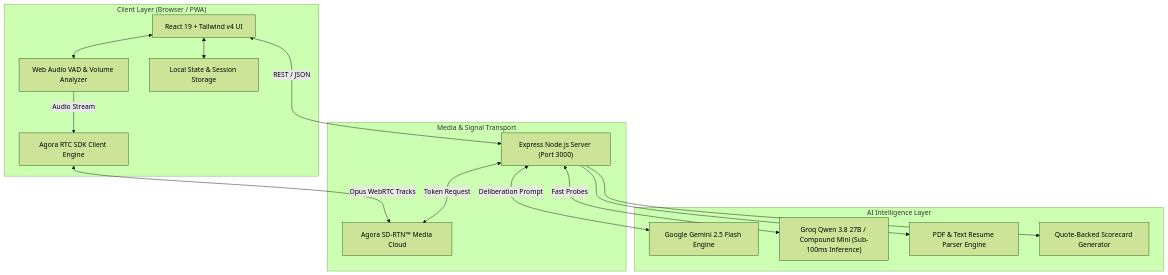
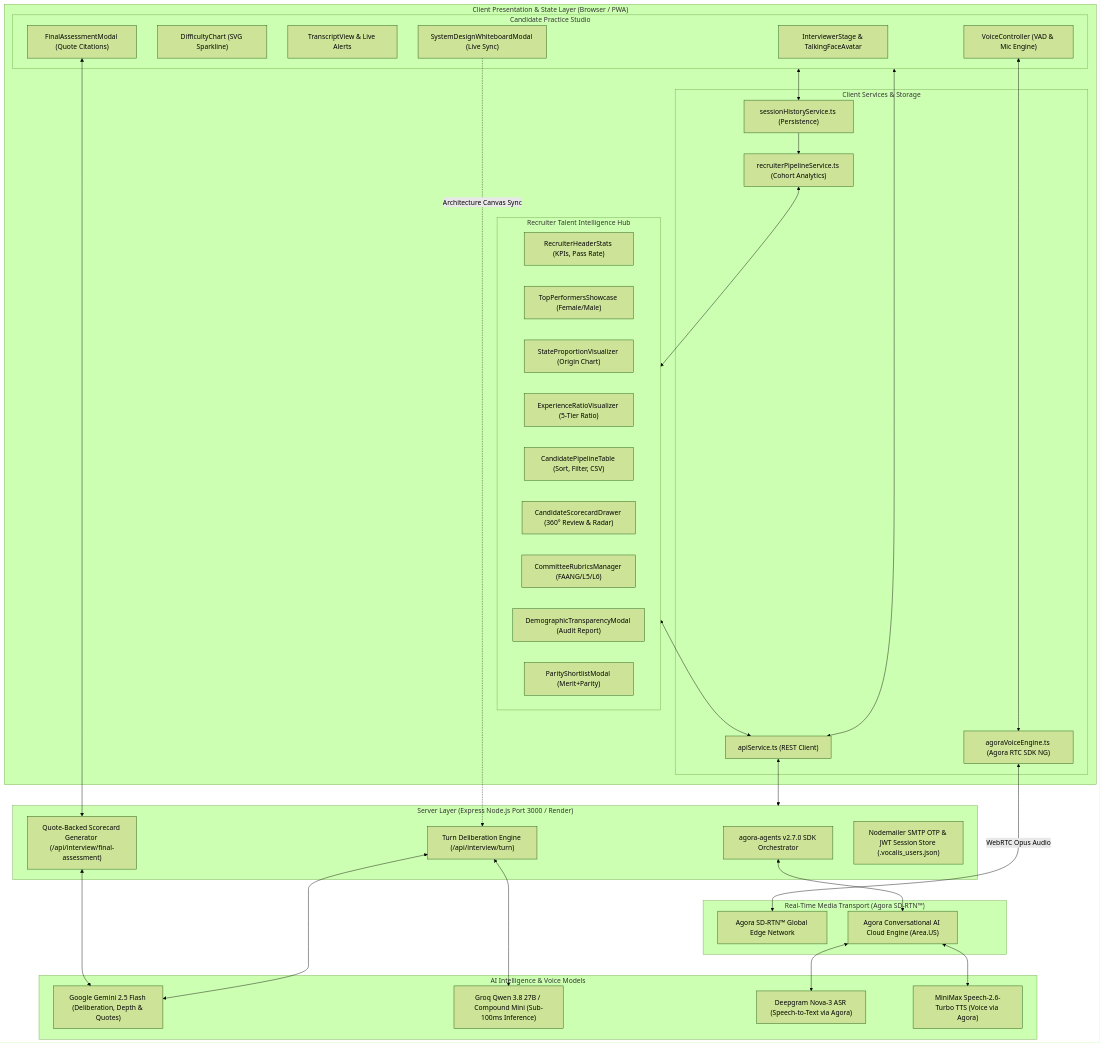
One commit to RiyanshiVerma-11/Vocalis-AI changed the first of 6 diagrams in README.md. Above: the diagram before and after it, drawn with Mermaid (forest theme). The commit also changed other lines of this file and 19 other files, not shown here.

First line of the commit message:
docs: update system architecture and all Mermaid diagrams

````diff
--- a/README.md
+++ b/README.md
@@ -132,33 +132,71 @@
 ```mermaid
 graph TD
-    subgraph Client ["Client Layer (Browser / PWA)"]
-        UI["React 19 + Tailwind v4 UI"]
-        RTC_Client["Agora RTC SDK Client Engine"]
-        VAD_Engine["Web Audio VAD & Volume Analyzer"]
-        Store["Local State & Session Storage"]
+    subgraph Client ["Client Presentation & State Layer (Browser / PWA)"]
+        subgraph CandidateStudio ["Candidate Practice Studio"]
+            Stage["InterviewerStage & TalkingFaceAvatar"]
+            DiffChart["DifficultyChart (SVG Sparkline)"]
+            TranscriptFeed["TranscriptView & Live Alerts"]
+            VoiceCtrl["VoiceController (VAD & Mic Engine)"]
+            Whiteboard["SystemDesignWhiteboardModal (Live Sync)"]
+            ScorecardModal["FinalAssessmentModal (Quote Citations)"]
+        end
+
+        subgraph RecruiterHub ["Recruiter Talent Intelligence Hub"]
+            HeaderStats["RecruiterHeaderStats (KPIs, Pass Rate)"]
+            Showcase["TopPerformersShowcase (Female/Male)"]
+            StateVis["StateProportionVisualizer (Origin Chart)"]
+            TierVis["ExperienceRatioVisualizer (5-Tier Ratio)"]
+            Table["CandidatePipelineTable (Sort, Filter, CSV)"]
+            Drawer["CandidateScorecardDrawer (360° Review & Radar)"]
+            RubricsMgr["CommitteeRubricsManager (FAANG/L5/L6)"]
+            DemoModal["DemographicTransparencyModal (Audit Report)"]
+            ParityModal["ParityShortlistModal (Merit+Parity)"]
+        end
+
+        subgraph ClientServices ["Client Services & Storage"]
+            RTC_Engine["agoraVoiceEngine.ts (Agora RTC SDK NG)"]
+            PipelineService["recruiterPipelineService.ts (Cohort Analytics)"]
+            SessionHistory["sessionHistoryService.ts (Persistence)"]
+            ApiClient["apiService.ts (REST Client)"]
+        end
     end
 
-    subgraph Transport ["Media & Signal Transport"]
-        Agora_Cloud["Agora SD-RTN™ Media Cloud"]
-        REST_API["Express Node.js Server (Port 3000)"]
+    subgraph MediaTransport ["Real-Time Media Transport (Agora SD-RTN™)"]
+        Agora_Cloud["Agora SD-RTN™ Global Edge Network"]
+        AgoraAgentCloud["Agora Conversational AI Cloud Engine (Area.US)"]
     end
 
-    subgraph Intelligence ["AI Intelligence Layer"]
-        Gemini["Google Gemini 2.5 Flash Engine"]
-        Groq["Groq Qwen 3.8 27B / Compound Mini (Sub-100ms Inference)"]
-        Parser["PDF & Text Resume Parser Engine"]
-        ScorecardEngine["Quote-Backed Scorecard Generator"]
+    subgraph BackendServer ["Server Layer (Express Node.js Port 3000 / Render)"]
+        AgoraAgentsSDK["agora-agents v2.7.0 SDK Orchestrator"]
+        DeliberationRouter["Turn Deliberation Engine (/api/interview/turn)"]
+        ScorecardEngine["Quote-Backed Scorecard Generator (/api/interview/final-assessment)"]
+        AuthSystem["Nodemailer SMTP OTP & JWT Session Store (.vocalis_users.json)"]
     end
 
-    UI <--> Store
-    UI <--> VAD_Engine
-    VAD_Engine -->|Audio Stream| RTC_Client
-    RTC_Client <-->|Opus WebRTC Tracks| Agora_Cloud
+    subgraph AICloud ["AI Intelligence & Voice Models"]
+        Gemini["Google Gemini 2.5 Flash (Deliberation, Depth & Quotes)"]
+        Groq["Groq Qwen 3.8 27B / Compound Mini (Sub-100ms Inference)"]
+        DeepgramNova["Deepgram Nova-3 ASR (Speech-to-Text via Agora)"]
+        MiniMaxTTS["MiniMax Speech-2.6-Turbo TTS (Voice via Agora)"]
+    end
+
+    VoiceCtrl <--> RTC_Engine
+    RTC_Engine <-->|WebRTC Opus Audio| Agora_Cloud
+    CandidateStudio <--> SessionHistory
+    SessionHistory --> PipelineService
+    PipelineService <--> RecruiterHub
     
-    UI <-->|REST / JSON| REST_API
-    REST_API <-->|Token Request| Agora_Cloud
-    REST_API <-->|Deliberation Prompt| Gemini
-    REST_API <-->|Fast Probes| Groq
-    REST_API --> Parser
-    REST_API --> ScorecardEngine
+    CandidateStudio <--> ApiClient
+    RecruiterHub <--> ApiClient
+    ApiClient <--> BackendServer
+
+    AgoraAgentsSDK <--> AgoraAgentCloud
+    AgoraAgentCloud <--> DeepgramNova
+    AgoraAgentCloud <--> MiniMaxTTS
+    
+    DeliberationRouter <--> Gemini
+    DeliberationRouter <--> Groq
+    Whiteboard -.->|Architecture Canvas Sync| DeliberationRouter
+    ScorecardEngine <--> Gemini
+    ScorecardModal <--> ScorecardEngine
 ```
````
